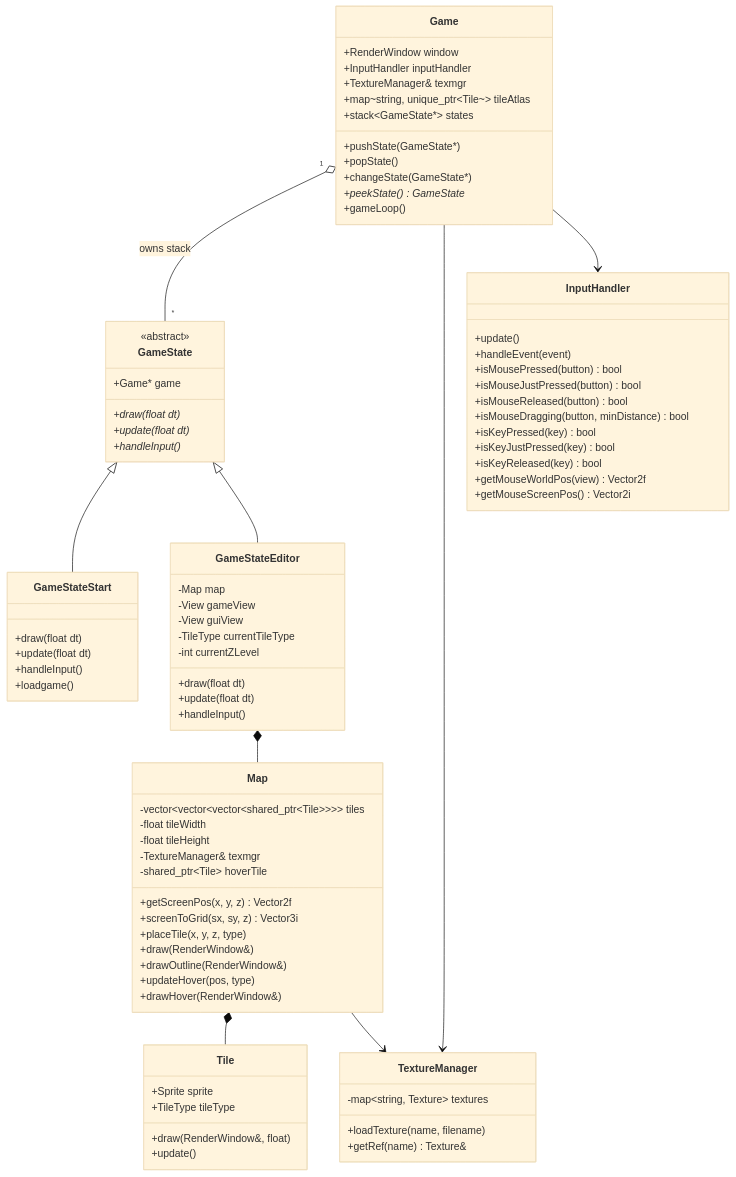
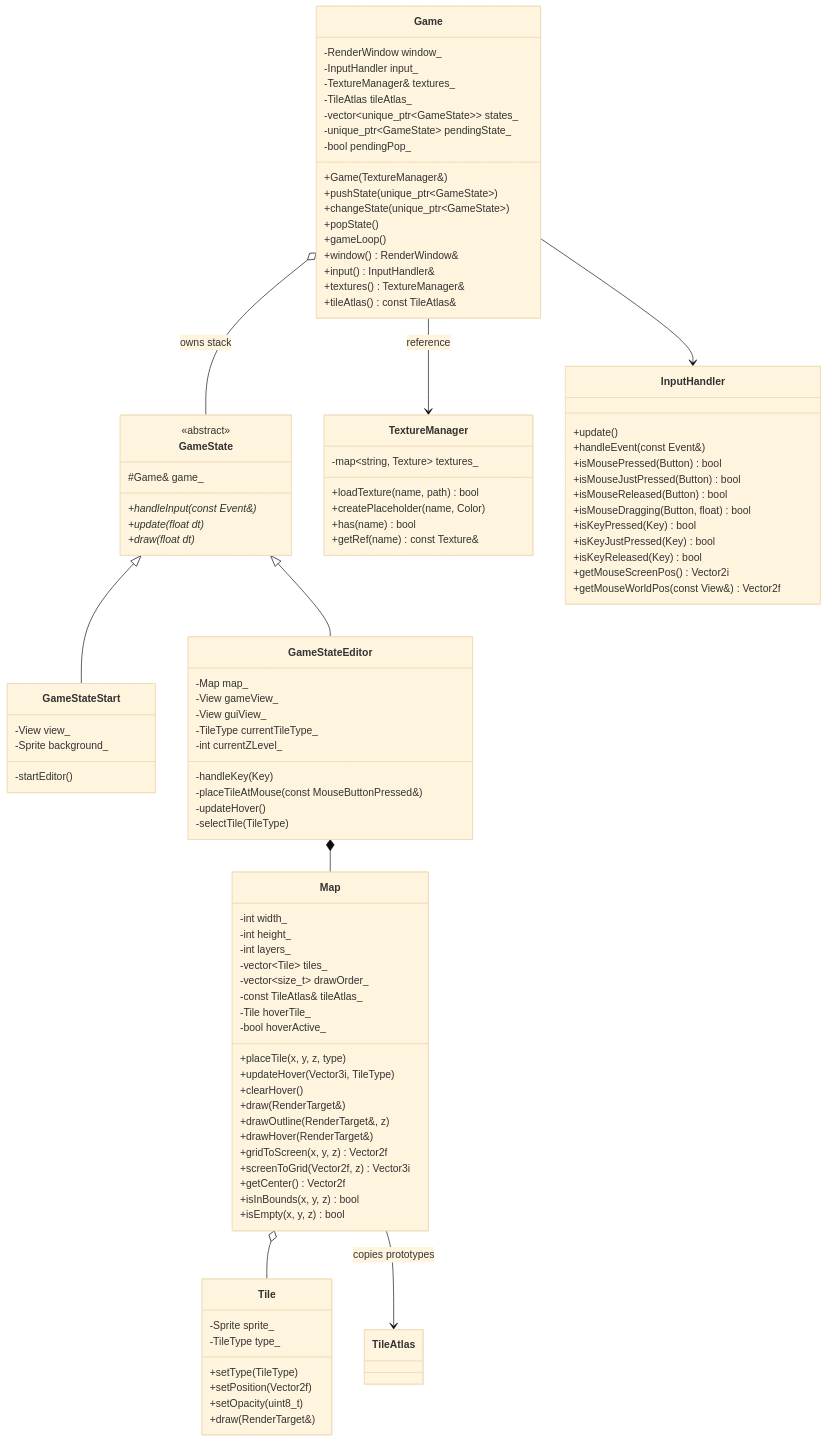
The first of 6 diagrams in docs/ARCHITECTURE.md (LeoMart12345/IsometricSFMLgame), drawn with Mermaid (base theme) before and after one commit. The commit also changed other lines of this file and 2 other files, not shown here.

First line of the commit message:
docs: document the new layout, build steps and architecture

````diff
--- a/docs/ARCHITECTURE.md
+++ b/docs/ARCHITECTURE.md
@@ -12,92 +22,109 @@
 ```mermaid
 classDiagram
     class Game {
-        +RenderWindow window
-        +InputHandler inputHandler
-        +TextureManager& texmgr
-        +map~string, unique_ptr~Tile~~ tileAtlas
-        +stack~GameState*~ states
-        +pushState(GameState*)
+        -RenderWindow window_
+        -InputHandler input_
+        -TextureManager& textures_
+        -TileAtlas tileAtlas_
+        -vector~unique_ptr~GameState~~ states_
+        -unique_ptr~GameState~ pendingState_
+        -bool pendingPop_
+        +Game(TextureManager&)
+        +pushState(unique_ptr~GameState~)
+        +changeState(unique_ptr~GameState~)
         +popState()
-        +changeState(GameState*)
-        +peekState() GameState*
         +gameLoop()
+        +window() RenderWindow&
+        +input() InputHandler&
+        +textures() TextureManager&
+        +tileAtlas() const TileAtlas&
     }
 
     class GameState {
         <<abstract>>
-        +Game* game
+        #Game& game_
+        +handleInput(const Event&)*
+        +update(float dt)*
         +draw(float dt)*
-        +update(float dt)*
-        +handleInput()*
     }
 
     class GameStateStart {
-        +draw(float dt)
-        +update(float dt)
-        +handleInput()
-        +loadgame()
+        -View view_
+        -Sprite background_
+        -startEditor()
     }
 
     class GameStateEditor {
-        -Map map
-        -View gameView
-        -View guiView
-        -TileType currentTileType
-        -int currentZLevel
-        +draw(float dt)
-        +update(float dt)
-        +handleInput()
+        -Map map_
+        -View gameView_
+        -View guiView_
+        -TileType currentTileType_
+        -int currentZLevel_
+        -handleKey(Key)
+        -placeTileAtMouse(const MouseButtonPressed&)
+        -updateHover()
+        -selectTile(TileType)
     }
 
     class Map {
-        -vector~vector~vector~shared_ptr~Tile~~~~ tiles
-        -float tileWidth
-        -float tileHeight
-        -TextureManager& texmgr
-        -shared_ptr~Tile~ hoverTile
-        +getScreenPos(x, y, z) Vector2f
-        +screenToGrid(sx, sy, z) Vector3i
+        -int width_
+        -int height_
+        -int layers_
+        -vector~Tile~ tiles_
+        -vector~size_t~ drawOrder_
+        -const TileAtlas& tileAtlas_
+        -Tile hoverTile_
+        -bool hoverActive_
         +placeTile(x, y, z, type)
-        +draw(RenderWindow&)
-        +drawOutline(RenderWindow&)
-        +updateHover(pos, type)
-        +drawHover(RenderWindow&)
+        +updateHover(Vector3i, TileType)
+        +clearHover()
+        +draw(RenderTarget&)
+        +drawOutline(RenderTarget&, z)
+        +drawHover(RenderTarget&)
+        +gridToScreen(x, y, z) Vector2f
+        +screenToGrid(Vector2f, z) Vector3i
+        +getCenter() Vector2f
+        +isInBounds(x, y, z) bool
+        +isEmpty(x, y, z) bool
     }
 
     class Tile {
-        +Sprite sprite
-        +TileType tileType
-        +draw(RenderWindow&, float)
-        +update()
+        -Sprite sprite_
+        -TileType type_
+        +setType(TileType)
+        +setPosition(Vector2f)
+        +setOpacity(uint8_t)
+        +draw(RenderTarget&)
     }
 
     class TextureManager {
-        -map~string, Texture~ textures
-        +loadTexture(name, filename)
-        +getRef(name) Texture&
+        -map~string, Texture~ textures_
+        +loadTexture(name, path) bool
+        +createPlaceholder(name, Color)
+        +has(name) bool
+        +getRef(name) const Texture&
     }
 
     class InputHandler {
         +update()
-        +handleEvent(event)
-        +isMousePressed(button) bool
-        +isMouseJustPressed(button) bool
-        +isMouseReleased(button) bool
-        +isMouseDragging(button, minDistance) bool
-        +isKeyPressed(key) bool
-        +isKeyJustPressed(key) bool
-        +isKeyReleased(key) bool
-        +getMouseWorldPos(view) Vector2f
+        +handleEvent(const Event&)
+        +isMousePressed(Button) bool
+        +isMouseJustPressed(Button) bool
+        +isMouseReleased(Button) bool
+        +isMouseDragging(Button, float) bool
+        +isKeyPressed(Key) bool
+        +isKeyJustPressed(Key) bool
+        +isKeyReleased(Key) bool
         +getMouseScreenPos() Vector2i
+        +getMouseWorldPos(const View&) Vector2f
     }
 
-    Game "1" o-- "*" GameState : owns stack
+    Game o-- GameState : owns stack
     GameState <|-- GameStateStart
     GameState <|-- GameStateEditor
     GameStateEditor *-- Map
-    Map *-- Tile
-    Game --> TextureManager
+    Map o-- Tile
+    Map --> TileAtlas : copies prototypes
+    Game --> TextureManager : reference
     Game --> InputHandler
-    Map --> TextureManager
 ```
````
